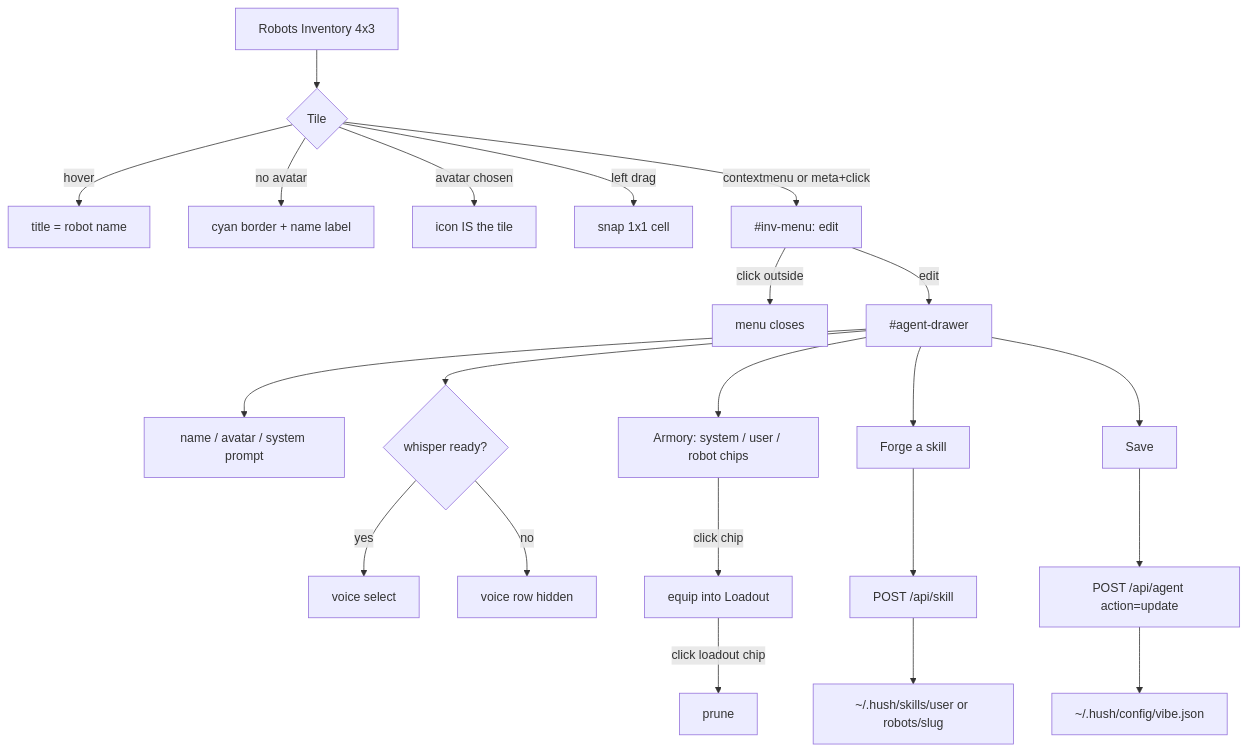
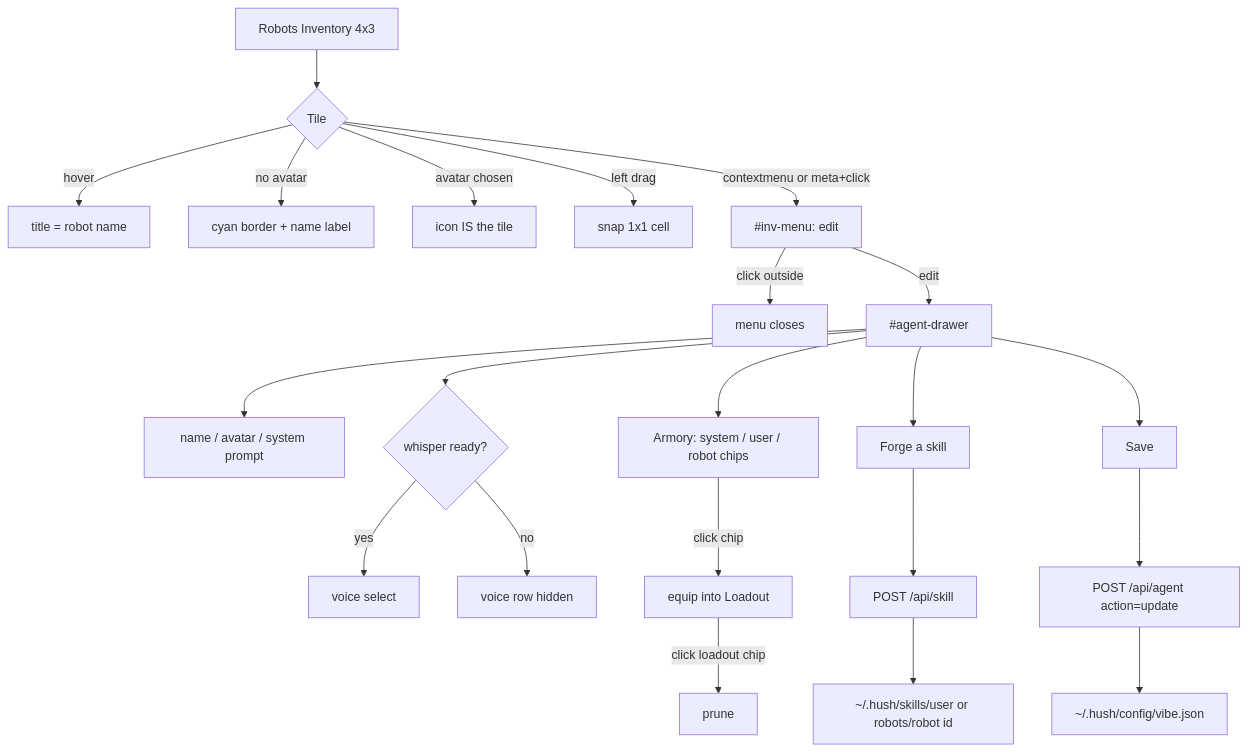
One commit to coldcanuk/hush changed the first of 2 diagrams in docs/research/RESEARCH_ROBOT_INV_EDIT.md. Above: the diagram before and after it, drawn with Mermaid. The commit also changed other lines of this file and 66 other files, not shown here.

````diff
--- a/docs/research/RESEARCH_ROBOT_INV_EDIT.md
+++ b/docs/research/RESEARCH_ROBOT_INV_EDIT.md
@@ -56,24 +56,24 @@
 ```mermaid
 flowchart TD
   A[Robots Inventory 4x3] --> B{Tile}
   B -->|hover| C[title = robot name]
   B -->|no avatar| D[cyan border + name label]
   B -->|avatar chosen| E[icon IS the tile]
   B -->|left drag| F[snap 1x1 cell]
   B -->|contextmenu or meta+click| G["#inv-menu: edit"]
   G -->|click outside| H[menu closes]
   G -->|edit| I["#agent-drawer"]
   I --> J[name / avatar / system prompt]
   I --> K{whisper ready?}
   K -->|yes| L[voice select]
   K -->|no| M[voice row hidden]
   I --> N[Armory: system / user / robot chips]
   N -->|click chip| O[equip into Loadout]
   O -->|click loadout chip| P[prune]
   I --> Q[Forge a skill]
   Q --> R[POST /api/skill]
-  R --> S["~/.hush/skills/user or robots/slug"]
+  R --> S["~/.hush/skills/user or robots/robot id"]
   I --> T[Save]
   T --> U["POST /api/agent action=update"]
   U --> V["~/.hush/config/vibe.json"]
 ```
````
